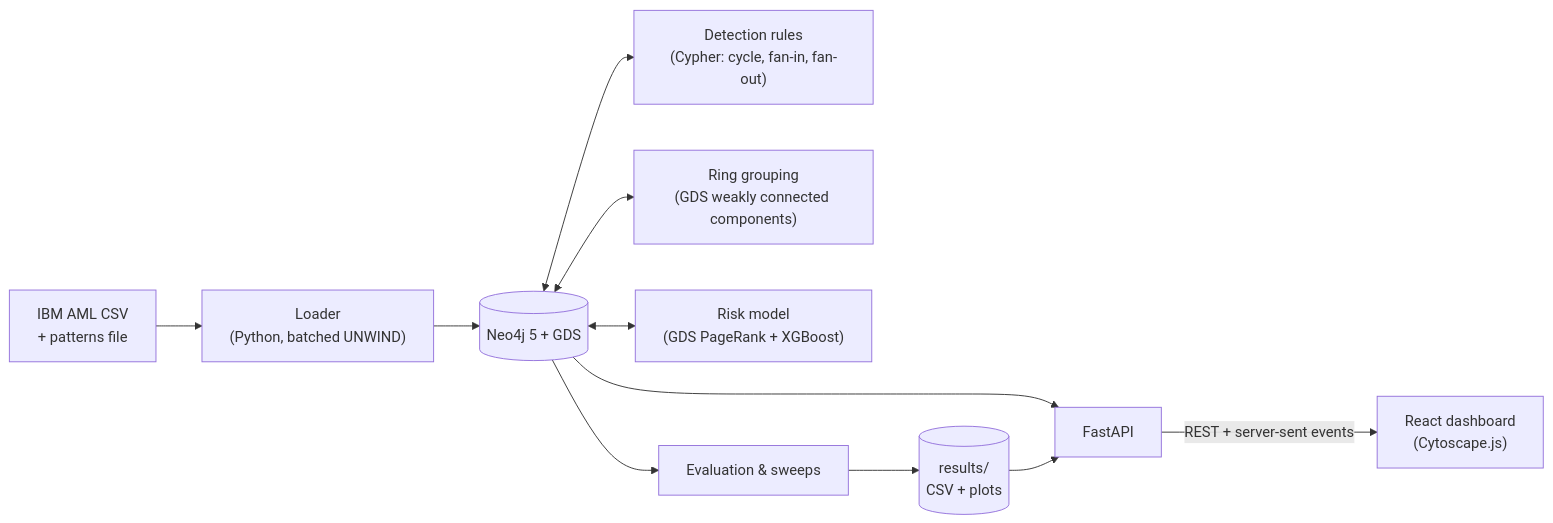
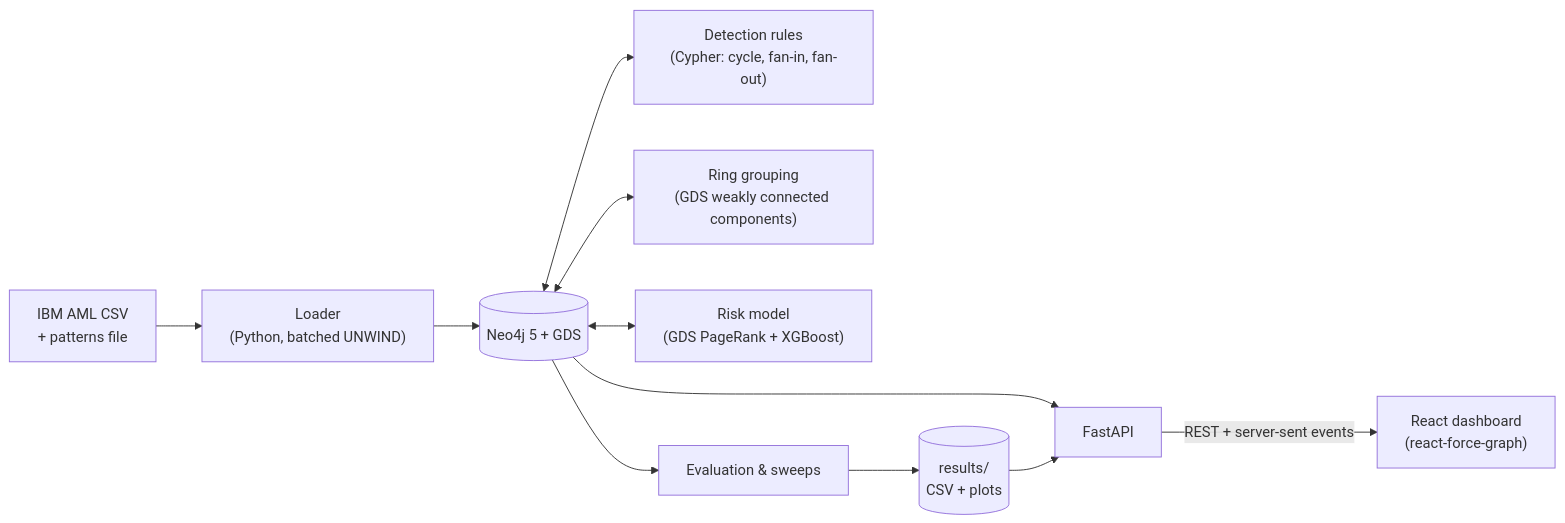
The diagram in README.md (aarushi-bbbyte/fraud-ring-detection), drawn with Mermaid before and after one commit. The commit also changed other lines of this file, not shown here.

Commit message:
docs: note the dashboard's graph library

````diff
--- a/README.md
+++ b/README.md
@@ -42,12 +42,12 @@
 ```mermaid
 flowchart LR
     csv["IBM AML CSV<br/>+ patterns file"] --> loader["Loader<br/>(Python, batched UNWIND)"]
     loader --> neo[("Neo4j 5 + GDS")]
     neo <--> rules["Detection rules<br/>(Cypher: cycle, fan-in, fan-out)"]
     neo <--> rings["Ring grouping<br/>(GDS weakly connected components)"]
     neo <--> ml["Risk model<br/>(GDS PageRank + XGBoost)"]
     neo --> evalr["Evaluation & sweeps"] --> results[("results/<br/>CSV + plots")]
     neo --> api["FastAPI"]
     results --> api
-    api -- "REST + server-sent events" --> ui["React dashboard<br/>(Cytoscape.js)"]
+    api -- "REST + server-sent events" --> ui["React dashboard<br/>(react-force-graph)"]
 ```
````
